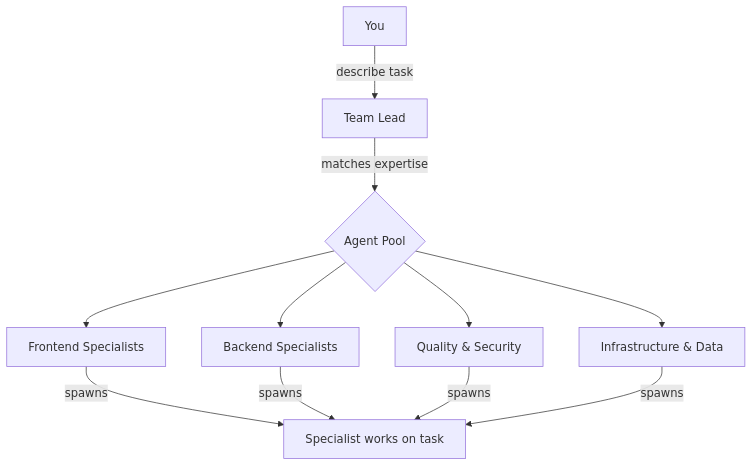
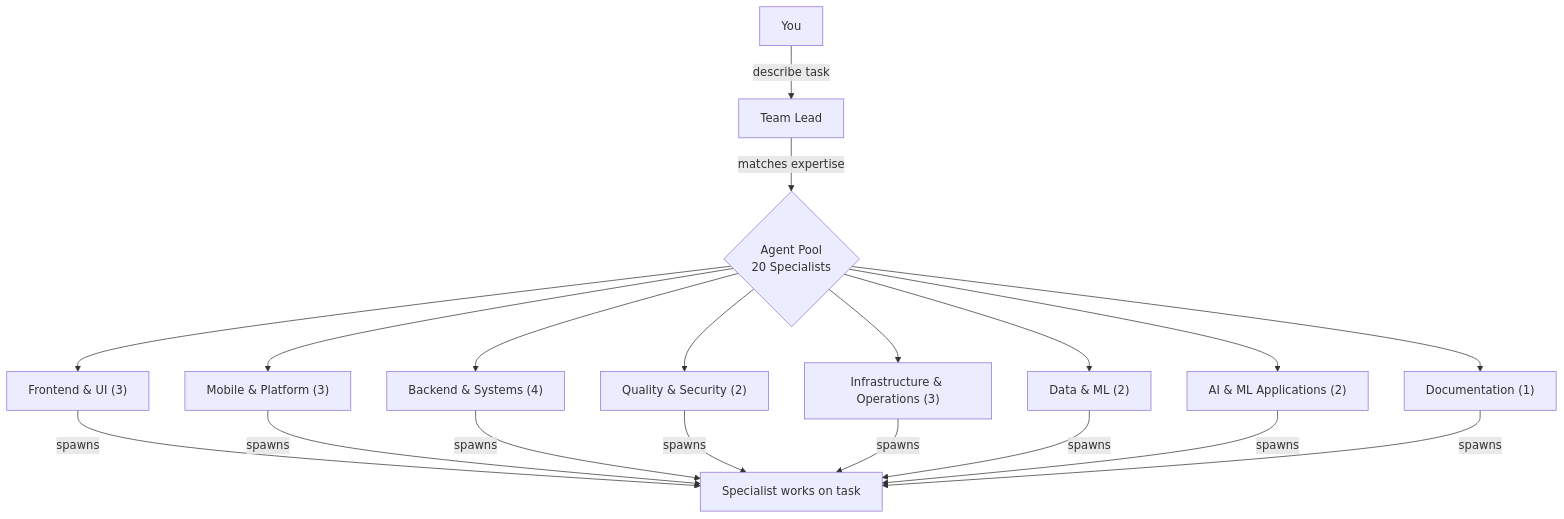
The diagram in README.md (SleepyOldOrbs/tradesfolk.wilmo.co.uk), drawn with Mermaid before and after one commit. The commit also changed other lines of this file, not shown here.

First line of the commit message:
docs(08-02): update README.md with 20-agent roster and v1.1.0

````diff
--- a/README.md
+++ b/README.md
@@ -11,13 +11,21 @@
 ```mermaid
 graph TD
     USER[You] -->|describe task| TL[Team Lead]
-    TL -->|matches expertise| POOL{Agent Pool}
-    POOL --> FE[Frontend Specialists]
-    POOL --> BE[Backend Specialists]
-    POOL --> QS[Quality & Security]
-    POOL --> OPS[Infrastructure & Data]
+    TL -->|matches expertise| POOL{Agent Pool<br/>20 Specialists}
+    POOL --> FE["Frontend & UI (3)"]
+    POOL --> MOB["Mobile & Platform (3)"]
+    POOL --> BE["Backend & Systems (4)"]
+    POOL --> QS["Quality & Security (2)"]
+    POOL --> OPS["Infrastructure & Operations (3)"]
+    POOL --> DATA["Data & ML (2)"]
+    POOL --> AI["AI & ML Applications (2)"]
+    POOL --> DOCS["Documentation (1)"]
     FE -->|spawns| WORK[Specialist works on task]
+    MOB -->|spawns| WORK
     BE -->|spawns| WORK
     QS -->|spawns| WORK
     OPS -->|spawns| WORK
+    DATA -->|spawns| WORK
+    AI -->|spawns| WORK
+    DOCS -->|spawns| WORK
 ```
````
